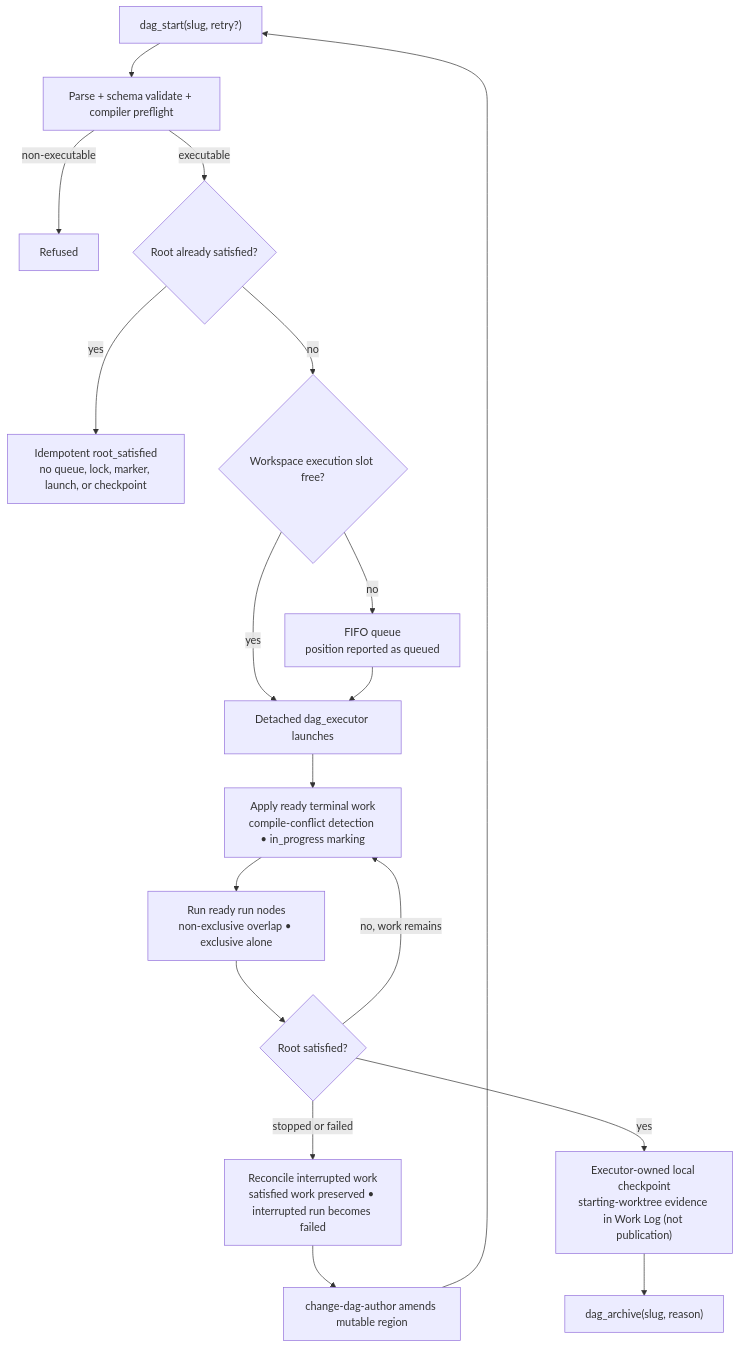
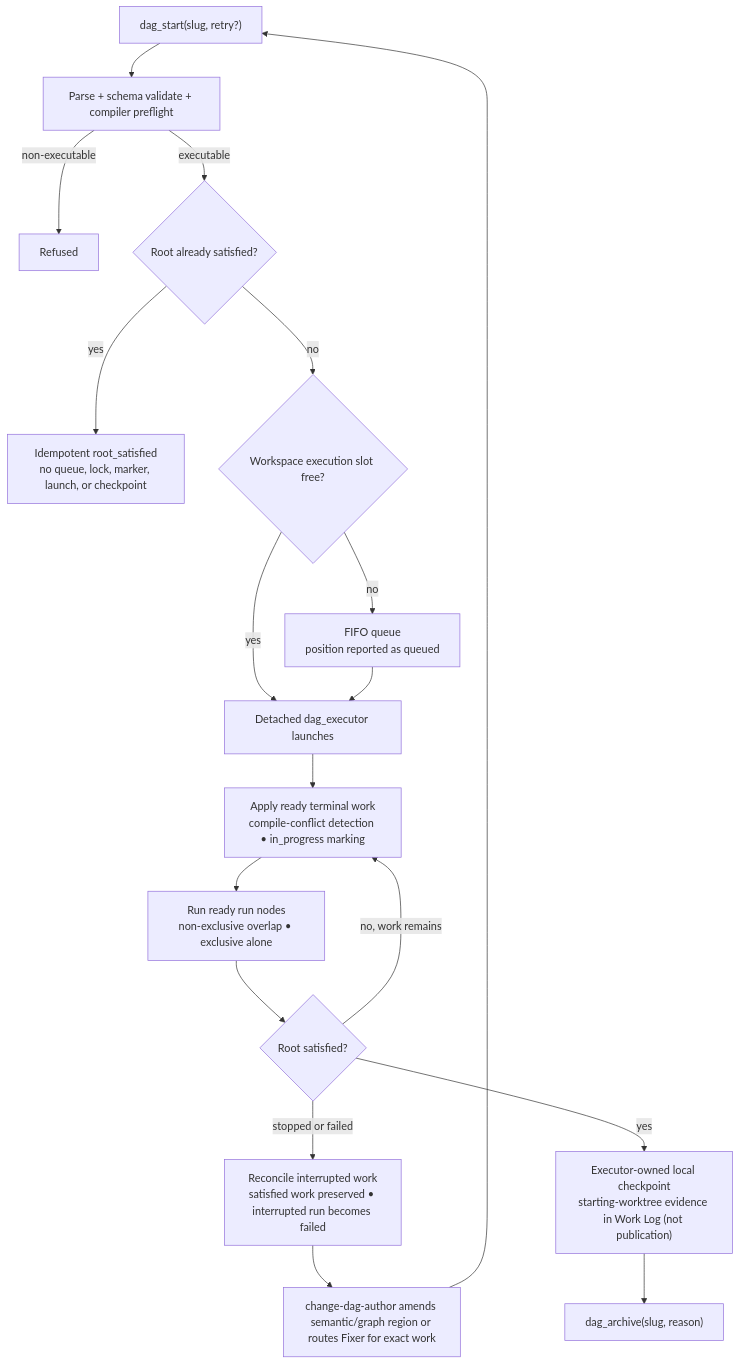
One commit to xiaden/SkyScow changed the second of 2 diagrams in docs/architecture/change-dag-lifecycle.md. Above: the diagram before and after it, drawn with Mermaid. The commit also changed other lines of this file and 21 other files, not shown here.

````diff
--- a/docs/architecture/change-dag-lifecycle.md
+++ b/docs/architecture/change-dag-lifecycle.md
@@ -43,23 +44,23 @@
 ```mermaid
 flowchart TD
     START["dag_start(slug, retry?)"] --> PF["Parse + schema validate + compiler preflight"]
     PF -->|non-executable| REFUSE["Refused"]
     PF -->|executable| SAT{"Root already satisfied?"}
     SAT -->|yes| DONE["Idempotent root_satisfied<br/>no queue, lock, marker, launch, or checkpoint"]
     SAT -->|no| SLOT{"Workspace execution slot free?"}
 
     SLOT -->|no| Q["FIFO queue<br/>position reported as queued"]
     SLOT -->|yes| RUN["Detached dag_executor launches"]
     Q --> RUN
 
     RUN --> APPLY["Apply ready terminal work<br/>compile-conflict detection • in_progress marking"]
     APPLY --> RUNS["Run ready run nodes<br/>non-exclusive overlap • exclusive alone"]
     RUNS --> STATE{"Root satisfied?"}
     STATE -->|no, work remains| APPLY
     STATE -->|stopped or failed| REC["Reconcile interrupted work<br/>satisfied work preserved • interrupted run becomes failed"]
     STATE -->|yes| CKPT["Executor-owned local checkpoint<br/>starting-worktree evidence in Work Log (not publication)"]
 
-    REC --> AMEND["change-dag-author amends mutable region"]
+    REC --> AMEND["change-dag-author amends semantic/graph region or routes Fixer for exact work"]
     AMEND --> START
     CKPT --> ARCH["dag_archive(slug, reason)"]
 ```
````
